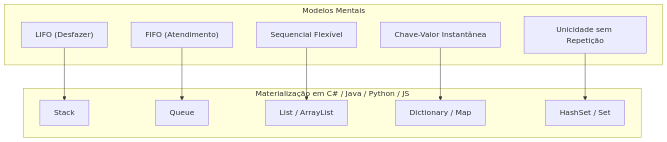
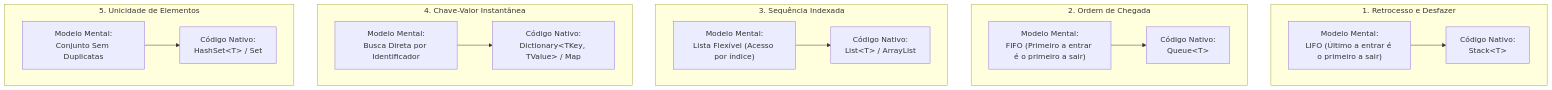
Before and after one commit to leorruas/puc: the diagram in 00. Sintaxe Multilinguagem/08. Estruturas de dados fundamentais (materialização de modelos mentais em código).md, drawn with Mermaid.

Commit message:
fix(sintaxe): ajusta diagrama mermaid de estruturas de dados para layout vertical com subgrafos empilhados (regra 9)

````diff
--- a/00. Sintaxe Multilinguagem/08. Estruturas de dados fundamentais (materialização de modelos mentais em código).md
+++ b/00. Sintaxe Multilinguagem/08. Estruturas de dados fundamentais (materialização de modelos mentais em código).md
@@ -34,24 +34,32 @@
 ```mermaid
 graph TD
-    subgraph Modelos ["Modelos Mentais"]
-        LIFO["LIFO (Desfazer)"]
-        FIFO["FIFO (Atendimento)"]
-        SEQ["Sequencial Flexível"]
-        HASH["Chave-Valor Instantânea"]
-        UNIQ["Unicidade sem Repetição"]
+    subgraph Par1 ["1. Retrocesso e Desfazer"]
+        LIFO["Modelo Mental:<br>LIFO (Último a entrar é o primeiro a sair)"]
+        S["Código Nativo:<br>Stack&lt;T&gt;"]
+        LIFO --> S
     end
 
-    subgraph Codigo ["Materialização em C# / Java / Python / JS"]
-        S["Stack<T>"]
-        Q["Queue<T>"]
-        L["List<T> / ArrayList"]
-        D["Dictionary<TKey,TValue> / Map"]
-        ST["HashSet<T> / Set"]
+    subgraph Par2 ["2. Ordem de Chegada"]
+        FIFO["Modelo Mental:<br>FIFO (Primeiro a entrar é o primeiro a sair)"]
+        Q["Código Nativo:<br>Queue&lt;T&gt;"]
+        FIFO --> Q
     end
 
-    LIFO --> S
-    FIFO --> Q
-    SEQ --> L
-    HASH --> D
-    UNIQ --> ST
+    subgraph Par3 ["3. Sequência Indexada"]
+        SEQ["Modelo Mental:<br>Lista Flexível (Acesso por índice)"]
+        L["Código Nativo:<br>List&lt;T&gt; / ArrayList"]
+        SEQ --> L
+    end
+
+    subgraph Par4 ["4. Chave-Valor Instantânea"]
+        HASH["Modelo Mental:<br>Busca Direta por Identificador"]
+        D["Código Nativo:<br>Dictionary&lt;TKey, TValue&gt; / Map"]
+        HASH --> D
+    end
+
+    subgraph Par5 ["5. Unicidade de Elementos"]
+        UNIQ["Modelo Mental:<br>Conjunto Sem Duplicatas"]
+        ST["Código Nativo:<br>HashSet&lt;T&gt; / Set"]
+        UNIQ --> ST
+    end
 ```
````
